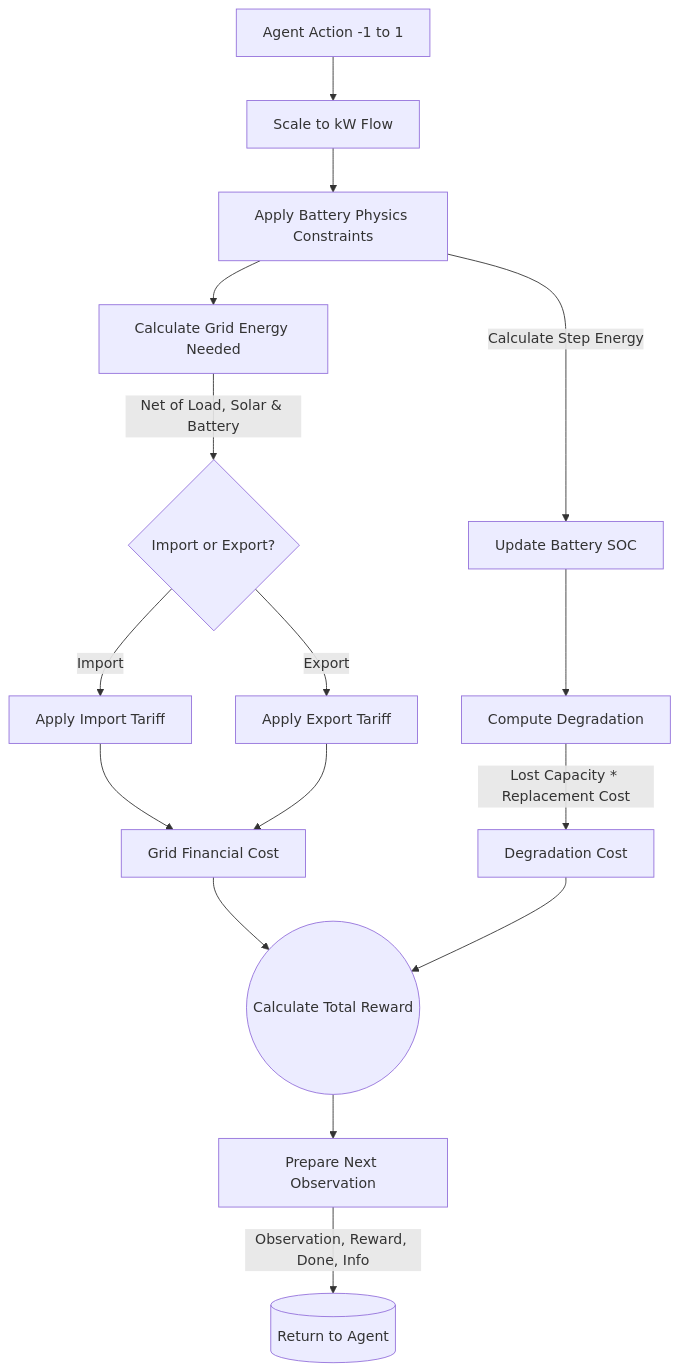
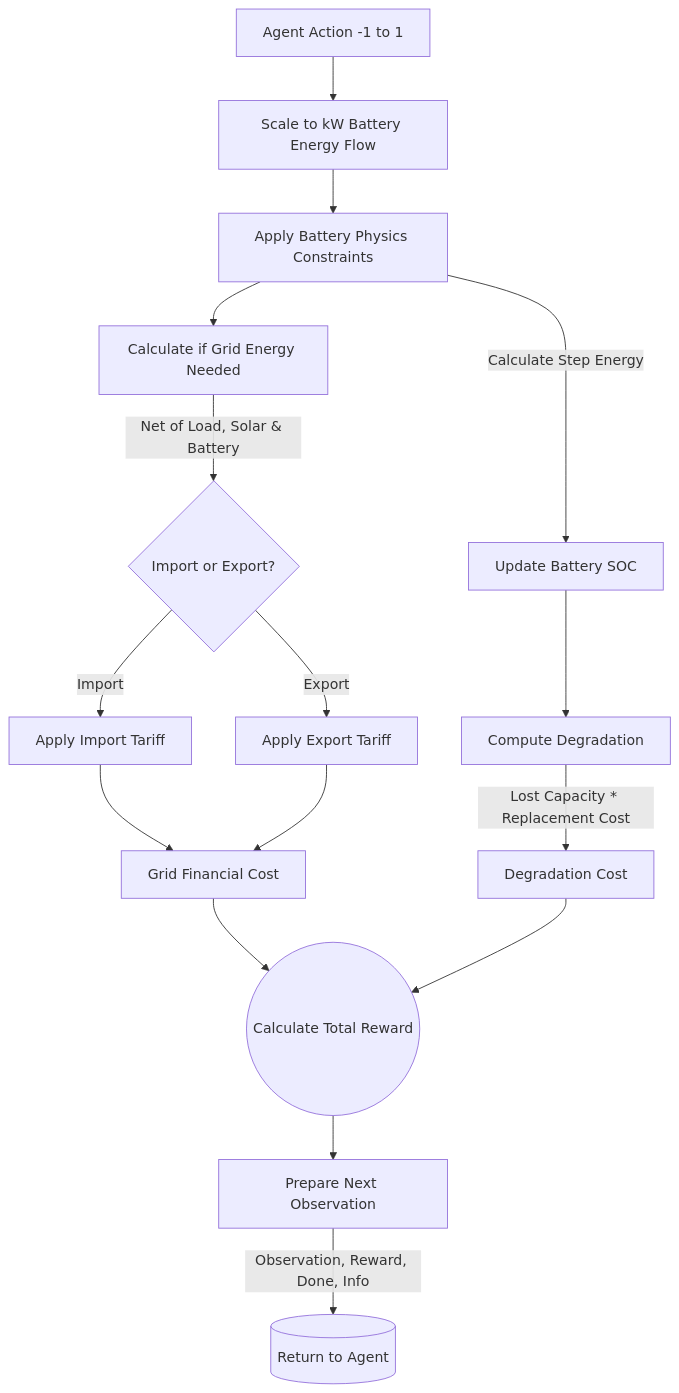
Before and after one commit to mrvictoru/energydecision: the diagram in docs/HOUSEHOLD_ENV_README.md, drawn with Mermaid. The commit also changed other lines of this file and 1 other file, not shown here.

````diff
--- a/docs/HOUSEHOLD_ENV_README.md
+++ b/docs/HOUSEHOLD_ENV_README.md
@@ -51,24 +51,24 @@
 ```mermaid
 graph TD;
-    A[Agent Action -1 to 1] --> B[Scale to kW Flow]
+    A[Agent Action -1 to 1] --> B[Scale to kW Battery Energy Flow]
     B --> C[Apply Battery Physics Constraints]
     
     C -->|Calculate Step Energy| D[Update Battery SOC]
     D --> E[Compute Degradation]
     
-    C --> F[Calculate Grid Energy Needed]
+    C --> F[Calculate if Grid Energy Needed]
     F -->|Net of Load, Solar & Battery| G{Import or Export?}
     
     G -- Import --> H[Apply Import Tariff]
     G -- Export --> I[Apply Export Tariff]
     
     H --> J[Grid Financial Cost]
     I --> J
     E -->|Lost Capacity * Replacement Cost| K[Degradation Cost]
     
     J --> L((Calculate Total Reward))
     K --> L
     
     L --> M[Prepare Next Observation]
     M -->|Observation, Reward, Done, Info| N[(Return to Agent)]
 ```
````
